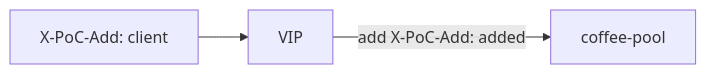
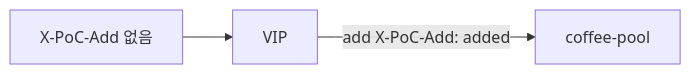
The diagram in HTTP_Routing/2.21_RequestHeaderModifier_Add/README.md (mink0119/2609_f5bnk), drawn with Mermaid before and after one commit. The commit also changed other lines of this file and 15 other files, not shown here.

````diff
--- a/HTTP_Routing/2.21_RequestHeaderModifier_Add/README.md
+++ b/HTTP_Routing/2.21_RequestHeaderModifier_Add/README.md
@@ -5,5 +5,5 @@
 ```mermaid
 flowchart LR
-  C["X-PoC-Add: client"] --> VIP[VIP]
+  C["X-PoC-Add 없음"] --> VIP[VIP]
   VIP -->|"add X-PoC-Add: added"| P1[coffee-pool]
 ```
````
